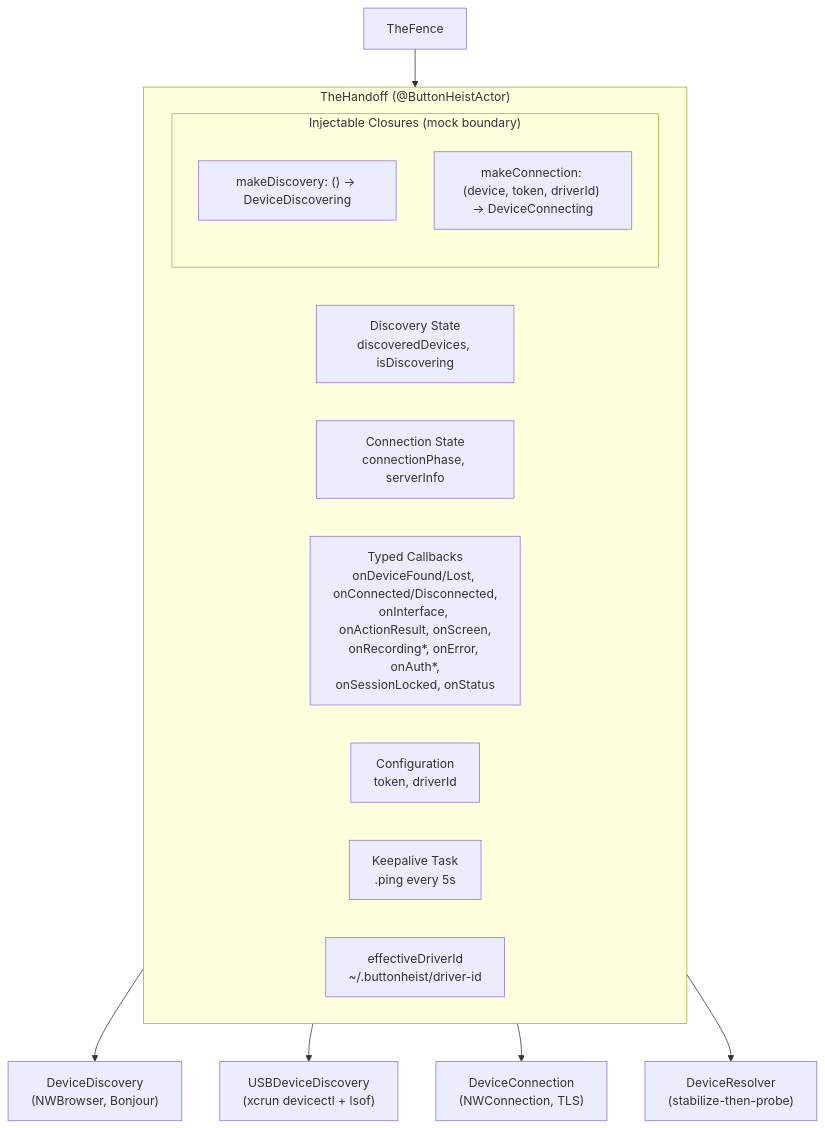
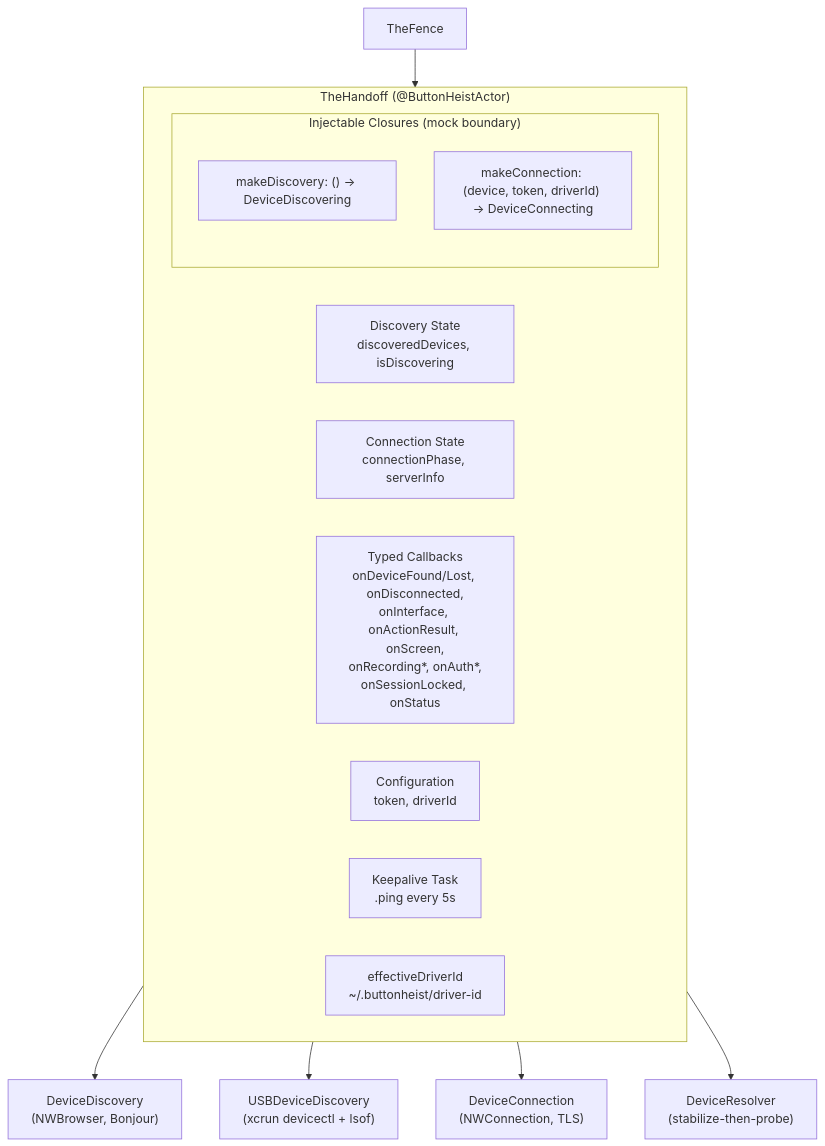
One commit to RoyalPineapple/TheButtonHeist changed the first of 3 diagrams in docs/dossiers/04-THEHANDOFF.md. Above: the diagram before and after it, drawn with Mermaid. The commit also changed 6 other files, not shown here.

````diff
--- a/docs/dossiers/04-THEHANDOFF.md
+++ b/docs/dossiers/04-THEHANDOFF.md
@@ -24,24 +24,24 @@
 ```mermaid
 graph TD
     subgraph TheHandoff["TheHandoff (@ButtonHeistActor)"]
         DiscState["Discovery State\ndiscoveredDevices, isDiscovering"]
         ConnState["Connection State\nconnectionPhase, serverInfo"]
-        Callbacks["Typed Callbacks\nonDeviceFound/Lost, onConnected/Disconnected,\nonInterface, onActionResult, onScreen,\nonRecording*, onError, onAuth*,\nonSessionLocked, onStatus"]
+        Callbacks["Typed Callbacks\nonDeviceFound/Lost, onDisconnected,\nonInterface, onActionResult, onScreen,\nonRecording*, onAuth*,\nonSessionLocked, onStatus"]
         Config["Configuration\ntoken, driverId"]
 
         subgraph Factories["Injectable Closures (mock boundary)"]
             MakeDisc["makeDiscovery: () → DeviceDiscovering"]
             MakeConn["makeConnection: (device, token, driverId) → DeviceConnecting"]
         end
 
         Keepalive["Keepalive Task\n.ping every 5s"]
         DriverId["effectiveDriverId\n~/.buttonheist/driver-id"]
     end
 
     TF["TheFence"] --> TheHandoff
 
     TheHandoff --> DevDisc["DeviceDiscovery\n(NWBrowser, Bonjour)"]
     TheHandoff --> USBDisc["USBDeviceDiscovery\n(xcrun devicectl + lsof)"]
     TheHandoff --> DevConn["DeviceConnection\n(NWConnection, TLS)"]
     TheHandoff --> Resolver["DeviceResolver\n(stabilize-then-probe)"]
 ```
````
